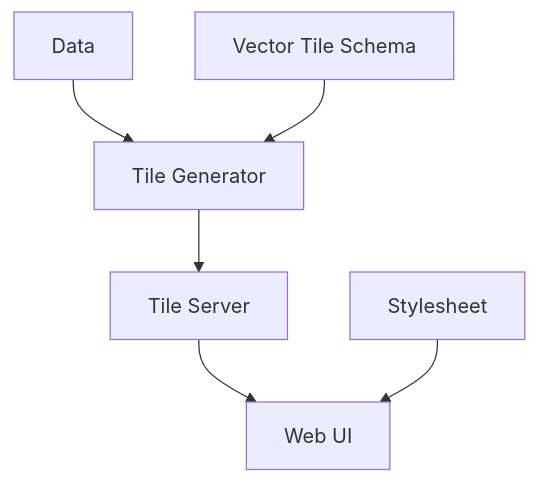
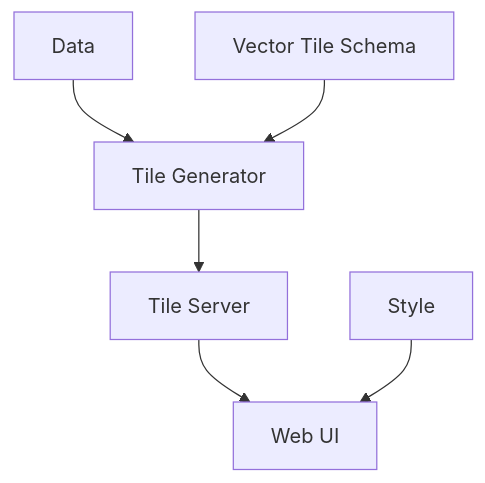
One commit to awesomephant/blog changed the first of 2 diagrams in posts/everything-i-know-about-slippy-maps.md. Above: the diagram before and after it, drawn with Mermaid. The commit also changed other lines of this file and 2 other files, not shown here.

```diff
--- a/posts/everything-i-know-about-slippy-maps.md
+++ b/posts/everything-i-know-about-slippy-maps.md
@@ -17,12 +19,12 @@
 {% mermaid %}
 flowchart TB
 data["Data"]
 schema["Vector Tile Schema"]
 tile_gen["Tile Generator"]
 web["Web UI"]
 tile_server["Tile Server"]
 
 data --> tile_gen --> tile_server --> web
 schema --> tile_gen
-Stylesheet --> web
+Style --> web
 {% endmermaid %}
```
